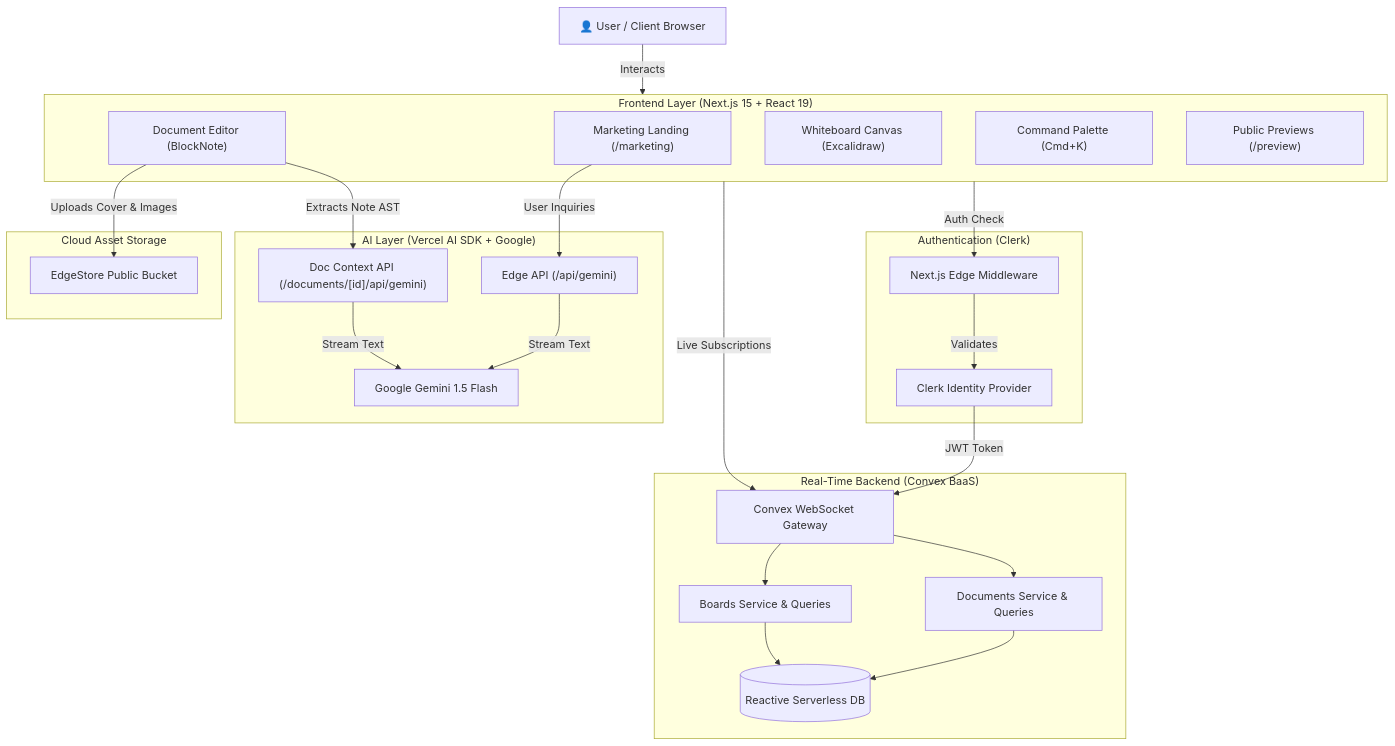
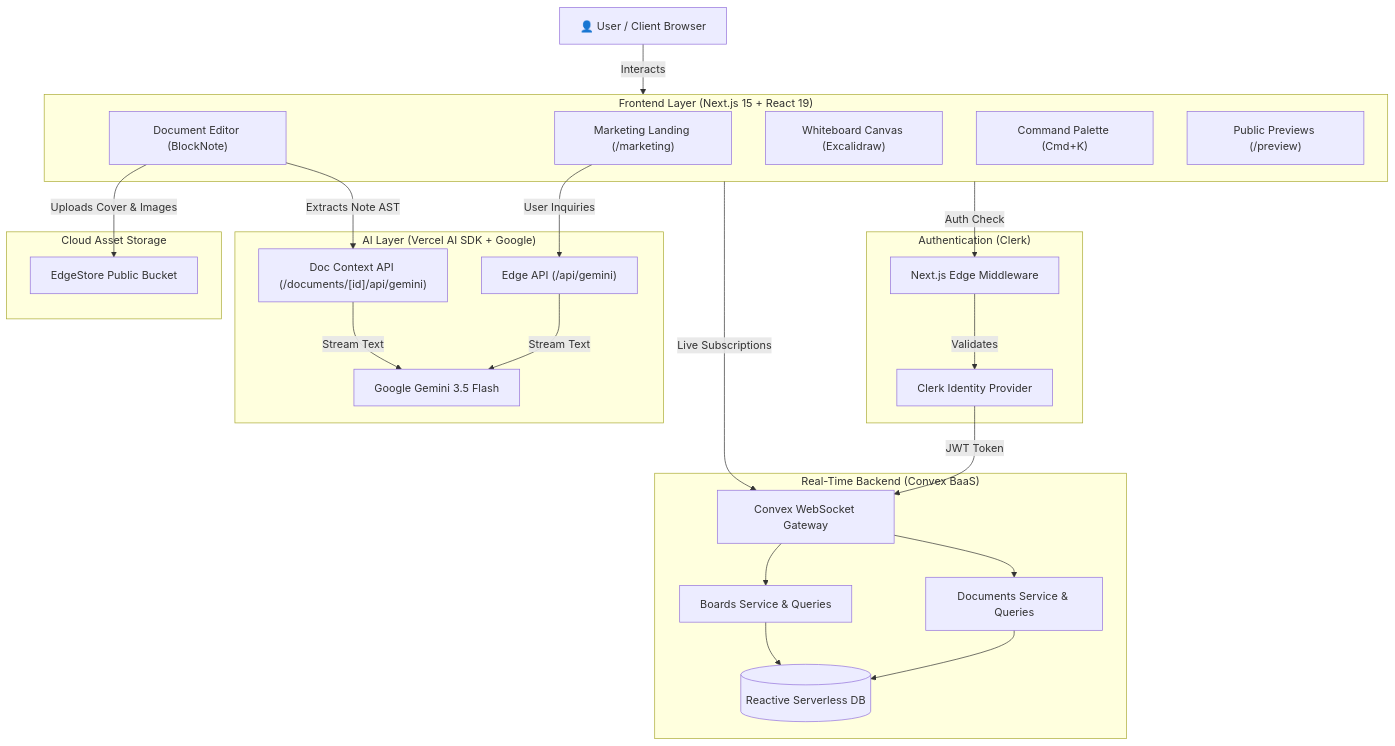
One commit to mainak569/SyncPen changed the first of 2 diagrams in README.md. Above: the diagram before and after it, drawn with Mermaid. The commit also changed other lines of this file and 12 other files, not shown here.

````diff
--- a/README.md
+++ b/README.md
@@ -122,46 +123,46 @@
 ```mermaid
 graph TD
     User["👤 User / Client Browser"]
 
     subgraph Frontend["Frontend Layer (Next.js 15 + React 19)"]
         Landing["Marketing Landing (/marketing)"]
         NotesView["Document Editor (BlockNote)"]
         BoardView["Whiteboard Canvas (Excalidraw)"]
         Cmdk["Command Palette (Cmd+K)"]
         PublicPreview["Public Previews (/preview)"]
     end
 
     subgraph Auth["Authentication (Clerk)"]
         ClerkAuth["Clerk Identity Provider"]
         NextMiddleware["Next.js Edge Middleware"]
     end
 
     subgraph Backend["Real-Time Backend (Convex BaaS)"]
         ConvexWS["Convex WebSocket Gateway"]
         ConvexDocs["Documents Service & Queries"]
         ConvexBoards["Boards Service & Queries"]
         ConvexDB[(Reactive Serverless DB)]
     end
 
     subgraph AI["AI Layer (Vercel AI SDK + Google)"]
         GeminiRoute["Edge API (/api/gemini)"]
         GeminiDocRoute["Doc Context API (/documents/[id]/api/gemini)"]
-        GeminiLLM["Google Gemini 1.5 Flash"]
+        GeminiLLM["Google Gemini 3.5 Flash"]
     end
 
     subgraph Storage["Cloud Asset Storage"]
         EdgeStore["EdgeStore Public Bucket"]
     end
 
     User -->|Interacts| Frontend
     Frontend -->|Auth Check| NextMiddleware
     NextMiddleware -->|Validates| ClerkAuth
     ClerkAuth -->|JWT Token| ConvexWS
     Frontend -->|Live Subscriptions| ConvexWS
     ConvexWS --> ConvexDocs & ConvexBoards
     ConvexDocs & ConvexBoards --> ConvexDB
     NotesView -->|Extracts Note AST| GeminiDocRoute
     Landing -->|User Inquiries| GeminiRoute
     GeminiRoute & GeminiDocRoute -->|Stream Text| GeminiLLM
     NotesView -->|Uploads Cover & Images| EdgeStore
 ```
````
